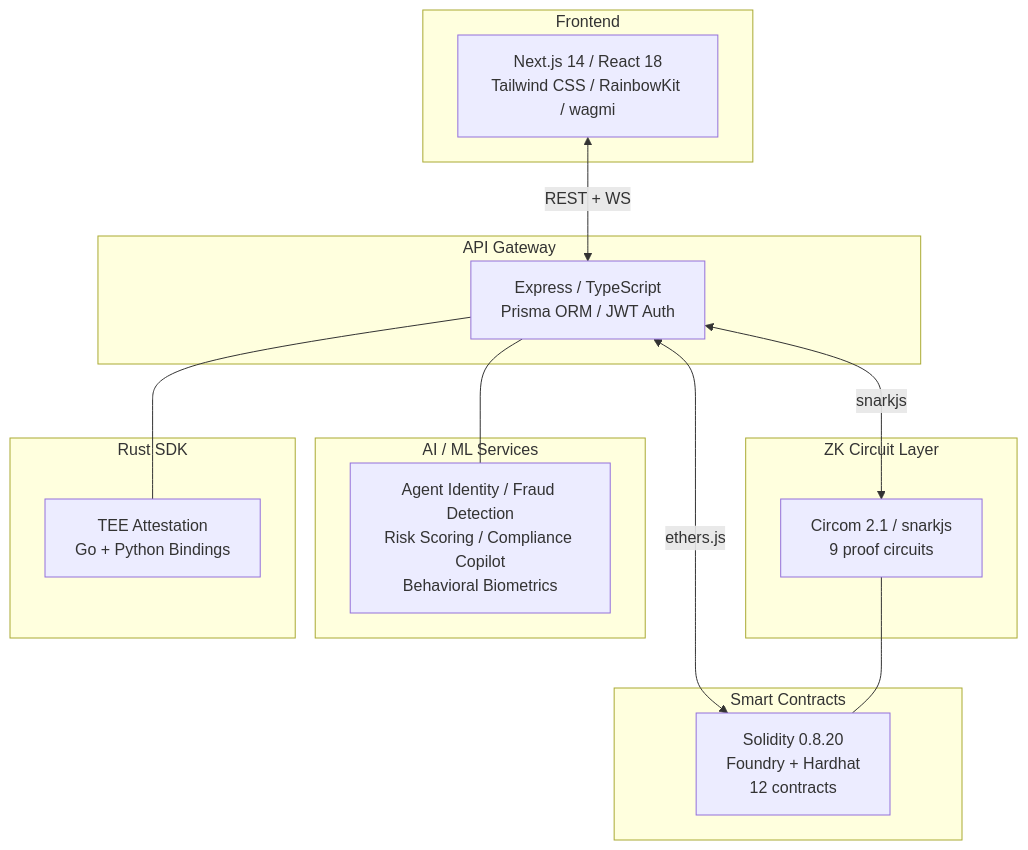
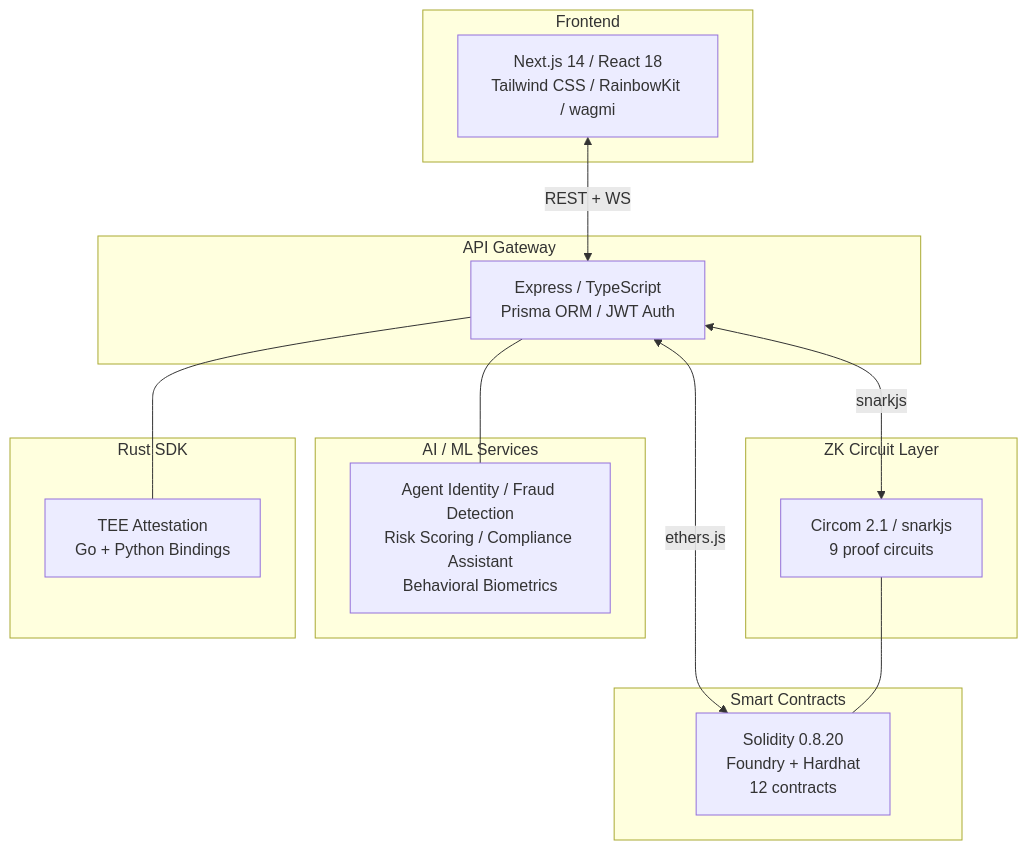
The diagram in README.md (aethelred-foundation/zeroid), drawn with Mermaid before and after one commit. The commit also changed other lines of this file and 13 other files, not shown here.

````diff
--- a/README.md
+++ b/README.md
@@ -121,33 +121,33 @@
 ```mermaid
 graph TB
     subgraph Frontend
         A[Next.js 14 / React 18<br/>Tailwind CSS / RainbowKit / wagmi]
     end
 
     subgraph API Gateway
         B[Express / TypeScript<br/>Prisma ORM / JWT Auth]
     end
 
     subgraph ZK Circuit Layer
         C[Circom 2.1 / snarkjs<br/>9 proof circuits]
     end
 
     subgraph Smart Contracts
         D[Solidity 0.8.20<br/>Foundry + Hardhat<br/>12 contracts]
     end
 
     subgraph AI / ML Services
-        E[Agent Identity / Fraud Detection<br/>Risk Scoring / Compliance Copilot<br/>Behavioral Biometrics]
+        E[Agent Identity / Fraud Detection<br/>Risk Scoring / Compliance Assistant<br/>Behavioral Biometrics]
     end
 
     subgraph Rust SDK
         F[TEE Attestation<br/>Go + Python Bindings]
     end
 
     A <-->|REST + WS| B
     B <-->|snarkjs| C
     B <-->|ethers.js| D
     B --- E
     B --- F
     C --- D
 ```
````
